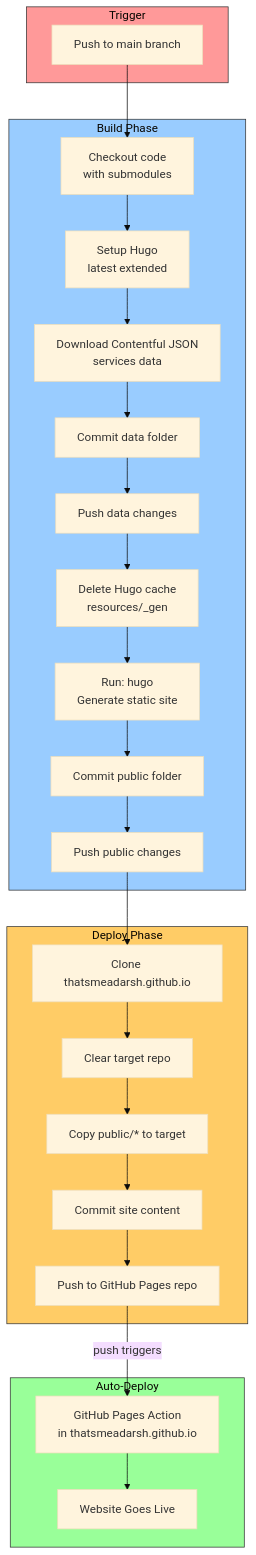
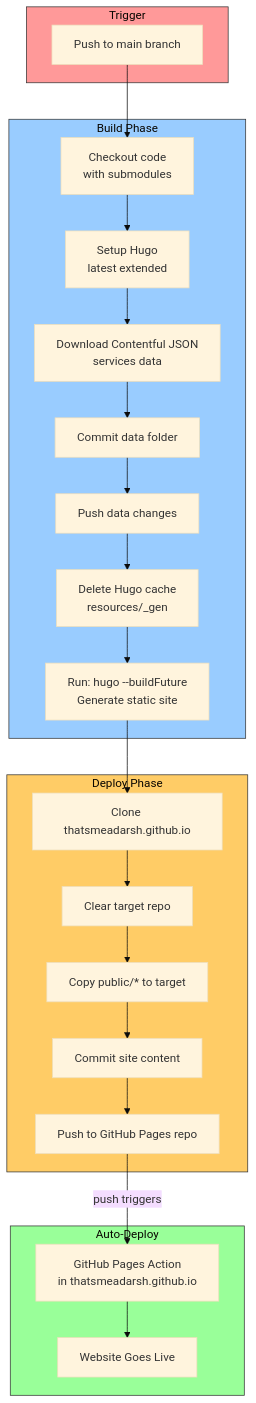
The third of 7 diagrams in docs/architecture.md (thatsmeadarsh/n8n-powered-auto-web-publish), drawn with Mermaid (base theme) before and after one commit. The commit also changed other lines of this file and 2 other files, not shown here.

First line of the commit message:
Update all architectural docs to reflect current system state

````diff
--- a/docs/architecture.md
+++ b/docs/architecture.md
@@ -156,41 +156,38 @@
 ```mermaid
 graph TD
     subgraph Trigger["Trigger"]
         T[Push to main branch]
     end
 
     subgraph Build["Build Phase"]
         CO[Checkout code<br/>with submodules]
         HS[Setup Hugo<br/>latest extended]
         DL[Download Contentful JSON<br/>services data]
         CD[Commit data folder]
         PD[Push data changes]
         RC[Delete Hugo cache<br/>resources/_gen]
-        HB[Run: hugo<br/>Generate static site]
-        CP[Commit public folder]
-        PP[Push public changes]
+        HB[Run: hugo --buildFuture<br/>Generate static site]
     end
 
     subgraph Deploy["Deploy Phase"]
         CL[Clone thatsmeadarsh.github.io]
         RM[Clear target repo]
         CY[Copy public/* to target]
         CM[Commit site content]
         PS[Push to GitHub Pages repo]
     end
 
     subgraph Live["Auto-Deploy"]
         PA[GitHub Pages Action<br/>in thatsmeadarsh.github.io]
         WB[Website Goes Live]
     end
 
     T --> CO --> HS --> DL --> CD --> PD
-    PD --> RC --> HB --> CP --> PP
-    PP --> CL --> RM --> CY --> CM --> PS
+    PD --> RC --> HB --> CL --> RM --> CY --> CM --> PS
     PS -->|push triggers| PA --> WB
 
     style Trigger fill:#ff9999,stroke:#333
     style Build fill:#99ccff,stroke:#333
     style Deploy fill:#ffcc66,stroke:#333
     style Live fill:#99ff99,stroke:#333
 ```
````
